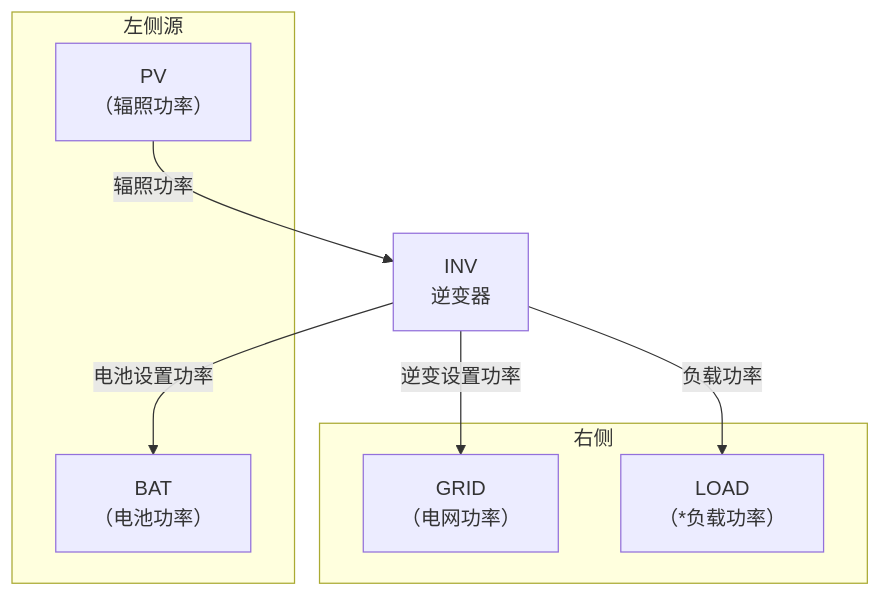
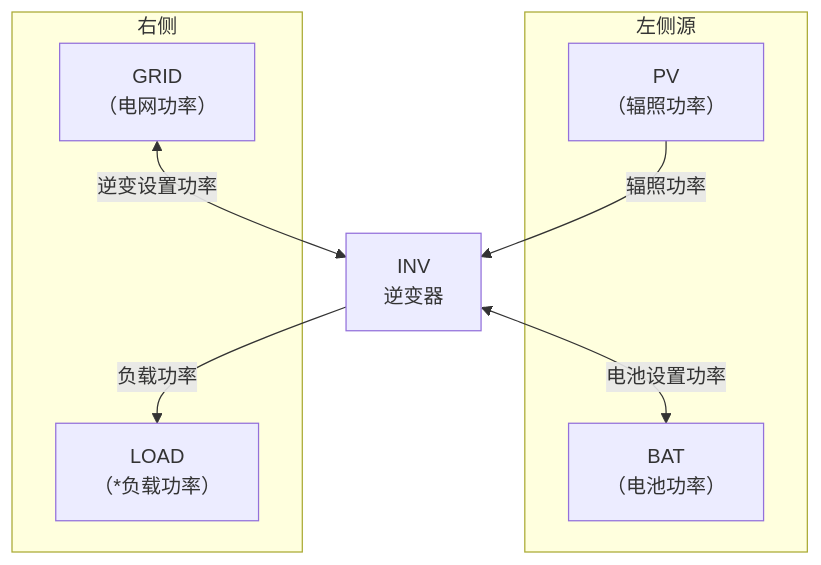
The diagram in 提示词.md (useisbb/hybrid_energy_flow), drawn with Mermaid before and after one commit. The commit also changed other lines of this file, not shown here.

````diff
--- a/提示词.md
+++ b/提示词.md
@@ -9,20 +9,20 @@
 ```mermaid
 flowchart TD
     subgraph 左侧源
         PV["PV<br/>（辐照功率）"]
         BAT["BAT<br/>（电池功率）"]
     end
 
     INV["INV<br/>逆变器"]
 
     subgraph 右侧
         GRID["GRID<br/>（电网功率）"]
         LOAD["LOAD<br/>（*负载功率）"]
     end
 
     PV -- 辐照功率 --> INV
-    INV -- 电池设置功率 --> BAT
+    INV <-->|电池设置功率| BAT
 
-    INV -- 逆变设置功率 --> GRID
+    GRID <-->|逆变设置功率| INV
     INV -- 负载功率 --> LOAD
 ```
````
